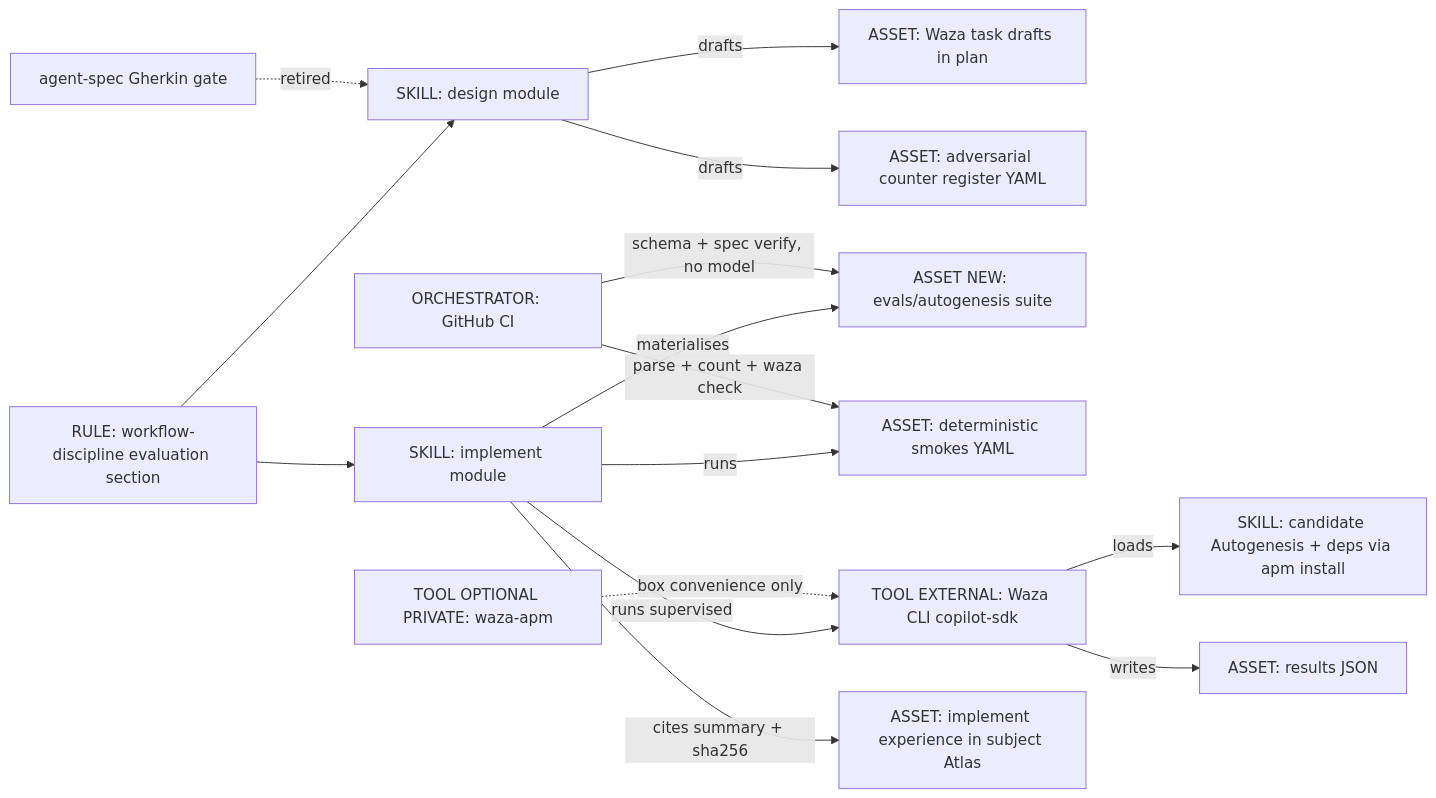
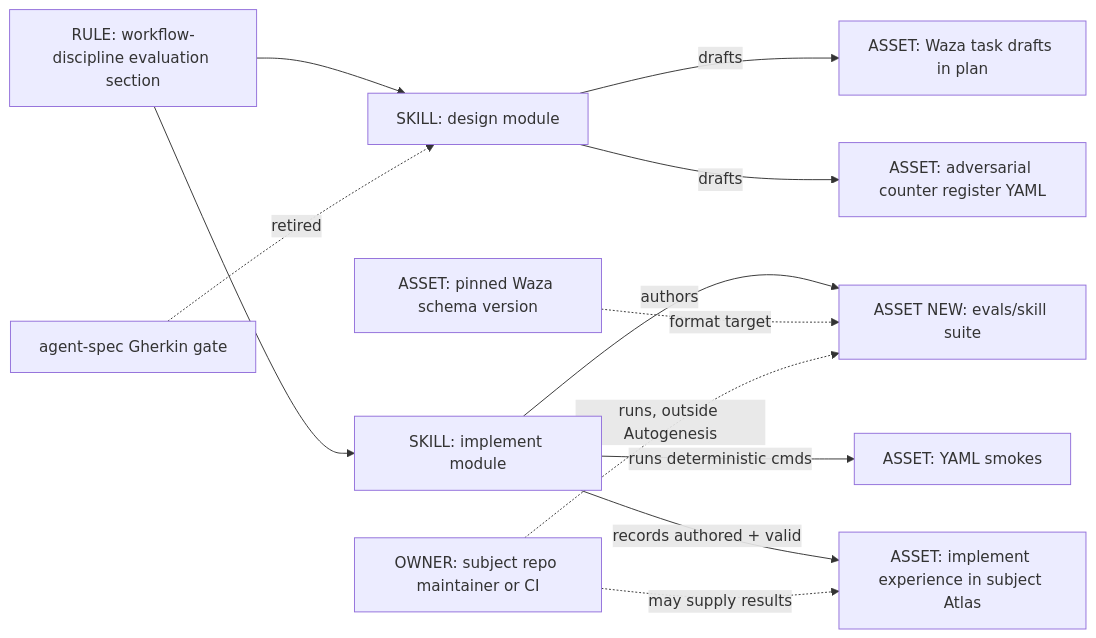
One commit to sergio-sisternes-epam/autogenesis-atlas changed the first of 3 diagrams in autogenesis/plans/2026-10-08-waza-evaluation.md. Above: the diagram before and after it, drawn with Mermaid. The commit also changed other lines of this file and 3 other files, not shown here.

Commit message:
Revise Waza evaluation plan: author suites, never run them; upstream Waza only (revision 2).

````diff
--- a/autogenesis/plans/2026-10-08-waza-evaluation.md
+++ b/autogenesis/plans/2026-10-08-waza-evaluation.md
@@ -137,17 +139,14 @@
 ```mermaid
 flowchart LR
     D[SKILL: design module] -->|drafts| T[ASSET: Waza task drafts in plan]
     D -->|drafts| A[ASSET: adversarial counter register YAML]
-    I[SKILL: implement module] -->|materialises| E[ASSET NEW: evals/autogenesis suite]
-    I -->|runs| S[ASSET: deterministic smokes YAML]
-    I -->|runs supervised| W[TOOL EXTERNAL: Waza CLI copilot-sdk]
-    W -->|loads| K[SKILL: candidate Autogenesis + deps via apm install]
-    W -->|writes| R[ASSET: results JSON]
-    I -->|cites summary + sha256| X[ASSET: implement experience in subject Atlas]
-    CI[ORCHESTRATOR: GitHub CI] -->|parse + count + waza check| S
-    CI -->|schema + spec verify, no model| E
+    I[SKILL: implement module] -->|authors| E[ASSET NEW: evals/skill suite]
+    I -->|runs deterministic cmds| S[ASSET: YAML smokes]
+    I -->|records authored + valid| X[ASSET: implement experience in subject Atlas]
     G[RULE: workflow-discipline evaluation section] --> D
     G --> I
-    P[TOOL OPTIONAL PRIVATE: waza-apm] -.box convenience only.-> W
+    F[ASSET: pinned Waza schema version] -. format target .-> E
+    O[OWNER: subject repo maintainer or CI] -. runs, outside Autogenesis .-> E
+    O -. may supply results .-> X
     AS[agent-spec Gherkin gate] -. retired .-> D
 ```
````
